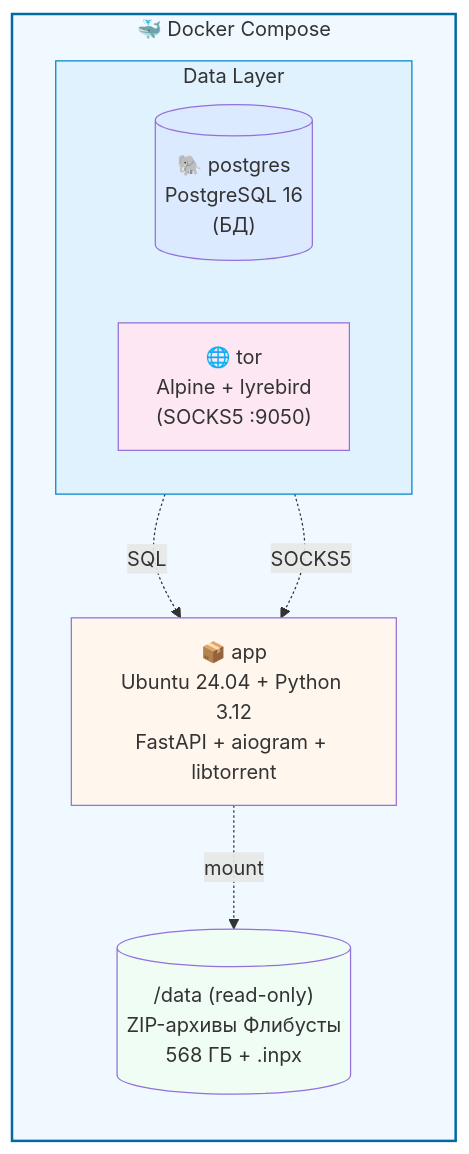
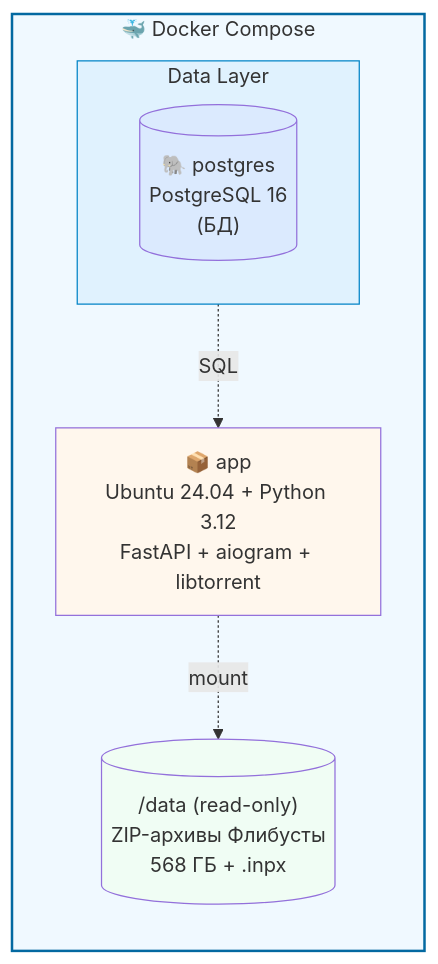
Before and after one commit to uud-eparh/books: the diagram in README.md, drawn with Mermaid. The commit also changed other lines of this file and 3 other files, not shown here.

Commit message:
docs: update README, .env.example, ARCHITECTURE and SETUP for no-tor setup

````diff
--- a/README.md
+++ b/README.md
@@ -110,27 +113,24 @@
 ```mermaid
 flowchart TB
     subgraph Docker["🐳 Docker Compose"]
         direction TB
 
         subgraph Data["Data Layer"]
             direction LR
             PG[("🐘 postgres<br/>PostgreSQL 16<br/>(БД)")]
-            TOR["🌐 tor<br/>Alpine + lyrebird<br/>(SOCKS5 :9050)"]
         end
 
         APP["📦 app<br/>Ubuntu 24.04 + Python 3.12<br/>FastAPI + aiogram + libtorrent"]
 
         DATA[("/data (read-only)<br/>ZIP-архивы Флибусты<br/>568 ГБ + .inpx")]
     end
 
     PG -.SQL.-> APP
-    TOR -.SOCKS5.-> APP
     APP -.mount.-> DATA
 
     style Docker fill:#f0f9ff,stroke:#0369a1,stroke-width:2px
     style Data fill:#e0f2fe,stroke:#0284c7
     style PG fill:#dbeafe
-    style TOR fill:#fce7f3
     style APP fill:#fff7ed
     style DATA fill:#f0fdf4
 ```
````
